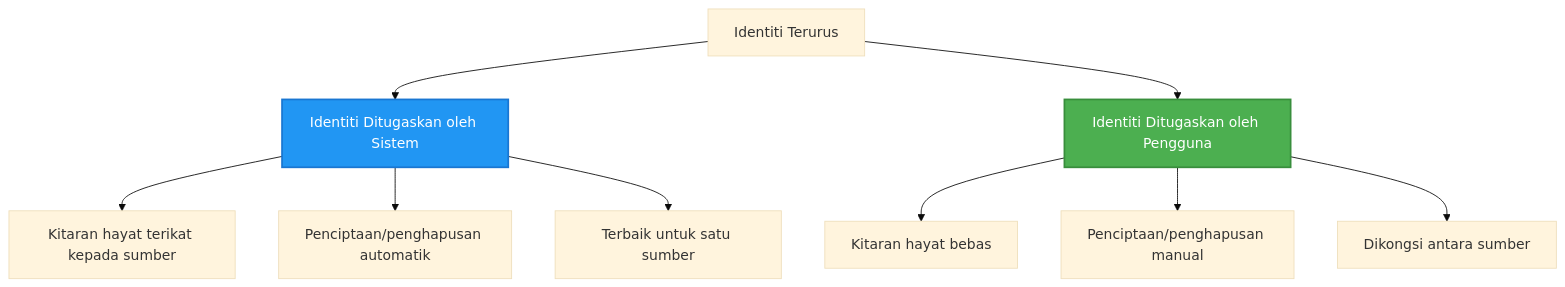
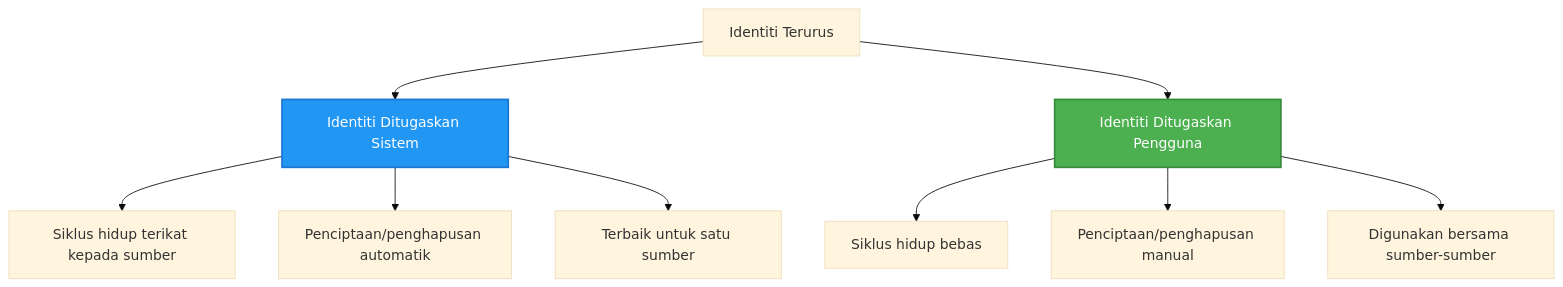
Before and after one commit to microsoft/AZD-for-beginners: the second of 2 diagrams in translations/ms/docs/chapter-03-configuration/authsecurity.md, drawn with Mermaid (base theme). The commit also changed other lines of this file and 101 other files, not shown here.

````diff
--- a/translations/ms/docs/chapter-03-configuration/authsecurity.md
+++ b/translations/ms/docs/chapter-03-configuration/authsecurity.md
@@ -97,20 +97,20 @@
 ```mermaid
 graph TB
     MI[Identiti Terurus]
-    SystemAssigned[Identiti Ditugaskan oleh Sistem]
-    UserAssigned[Identiti Ditugaskan oleh Pengguna]
+    SystemAssigned[Identiti Ditugaskan Sistem]
+    UserAssigned[Identiti Ditugaskan Pengguna]
     
     MI --> SystemAssigned
     MI --> UserAssigned
     
-    SystemAssigned --> SA1[Kitaran hayat terikat kepada sumber]
+    SystemAssigned --> SA1[Siklus hidup terikat kepada sumber]
     SystemAssigned --> SA2[Penciptaan/penghapusan automatik]
     SystemAssigned --> SA3[Terbaik untuk satu sumber]
     
-    UserAssigned --> UA1[Kitaran hayat bebas]
+    UserAssigned --> UA1[Siklus hidup bebas]
     UserAssigned --> UA2[Penciptaan/penghapusan manual]
-    UserAssigned --> UA3[Dikongsi antara sumber]
+    UserAssigned --> UA3[Digunakan bersama sumber-sumber]
     
     style SystemAssigned fill:#2196F3,stroke:#1976D2,stroke-width:2px,color:#fff
     style UserAssigned fill:#4CAF50,stroke:#388E3C,stroke-width:2px,color:#fff
 ```
````
